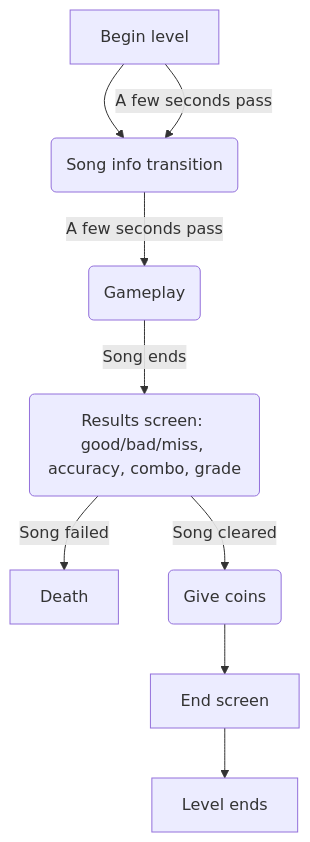
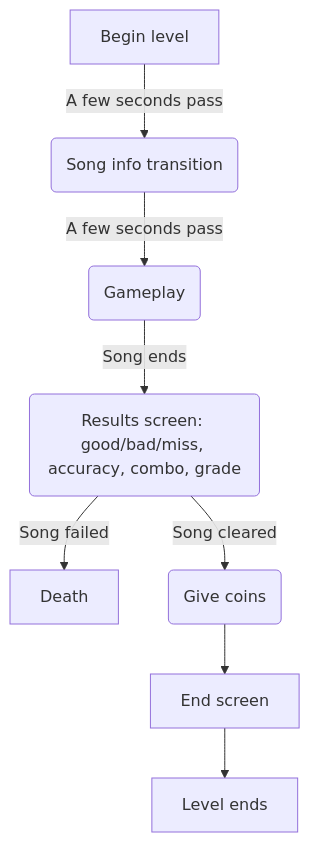
Before and after one commit to Maritsu/taiko-time: the diagram in doc/ui/flow.md, drawn with Mermaid.

Commit message:
[docs] what did i even do here

````diff
--- a/doc/ui/flow.md
+++ b/doc/ui/flow.md
@@ -4,10 +4,10 @@
 ```mermaid
 flowchart TD
-    0[Begin level] -->SI
+    0[Begin level]
     0 -->|A few seconds pass| SI(Song info transition)
     SI -->|A few seconds pass| GP(Gameplay)
     GP -->|Song ends| RS(Results screen: good/bad/miss, accuracy, combo, grade)
     RS -->|Song failed| GP0[Death]
     RS -->|Song cleared| GP1(Give coins)
     GP1 --> 9998[End screen] --> 9999[Level ends]
 ```
````
